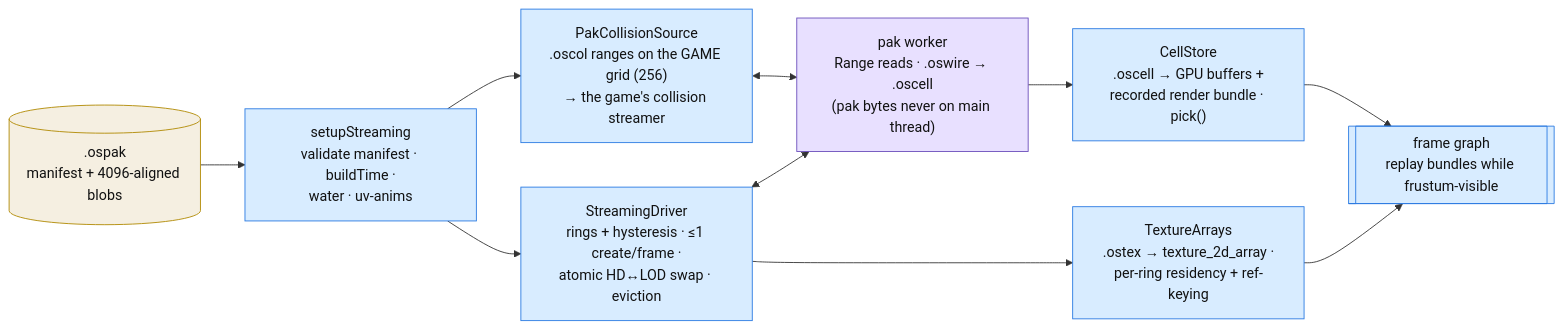
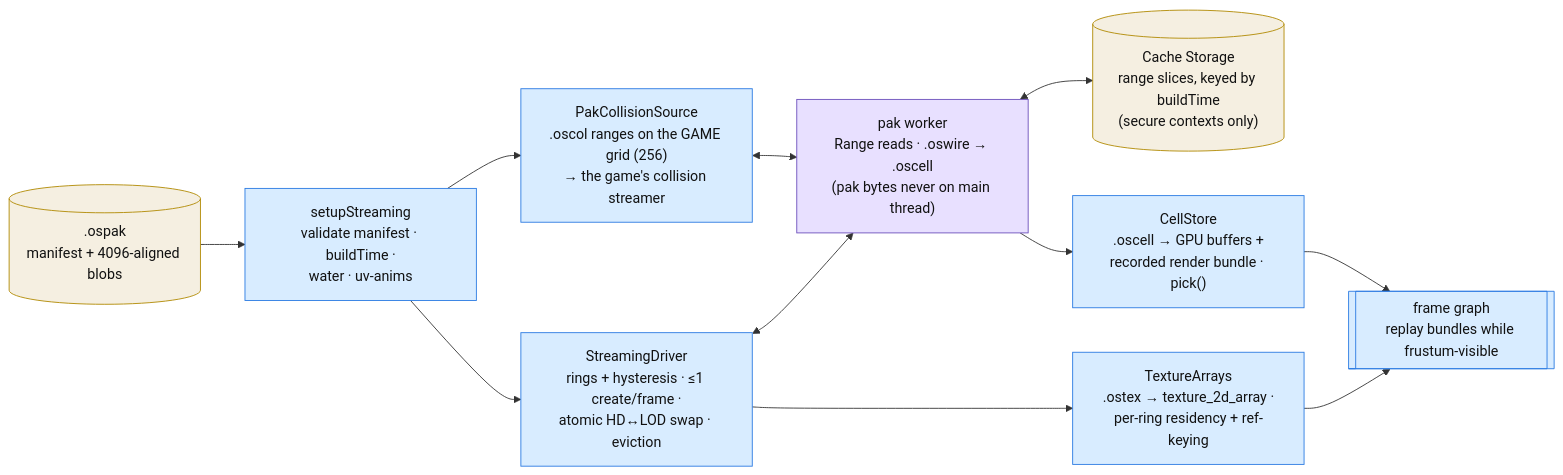
Before and after one commit to sexorcist00/opensa: the diagram in docs/architecture/world-streaming.md, drawn with Mermaid. The commit also changed other lines of this file and 15 other files, not shown here.

````diff
--- a/docs/architecture/world-streaming.md
+++ b/docs/architecture/world-streaming.md
@@ -57,25 +57,27 @@
 ```mermaid
 %%| world-streaming
 flowchart LR
   pak[(".ospak<br/>manifest + 4096-aligned blobs")]:::data
   setup["setupStreaming<br/>validate manifest · buildTime ·<br/>water · uv-anims"]:::engine
   worker["pak worker<br/>Range reads · .oswire → .oscell<br/>(pak bytes never on main thread)"]:::infra
+  slices[("Cache Storage<br/>range slices, keyed by buildTime<br/>(secure contexts only)")]:::data
   driver["StreamingDriver<br/>rings + hysteresis · ≤1 create/frame ·<br/>atomic HD↔LOD swap · eviction"]:::engine
   col["PakCollisionSource<br/>.oscol ranges on the GAME grid (256)<br/>→ the game's collision streamer"]:::engine
   cells["CellStore<br/>.oscell → GPU buffers +<br/>recorded render bundle · pick()"]:::engine
   tex["TextureArrays<br/>.ostex → texture_2d_array ·<br/>per-ring residency + ref-keying"]:::engine
   frame[["frame graph<br/>replay bundles while frustum-visible"]]:::engine
 
   pak --> setup --> driver
   setup --> col
   col <--> worker
   driver <--> worker
+  worker <--> slices
   worker --> cells
   driver --> tex
   cells --> frame
   tex --> frame
 
   classDef infra fill:#e8e0ff,stroke:#6b4fbb,color:#111
   classDef engine fill:#d8ecff,stroke:#2a7ae2,color:#111
   classDef data fill:#f5efe1,stroke:#b08900,color:#111
 ```
````
